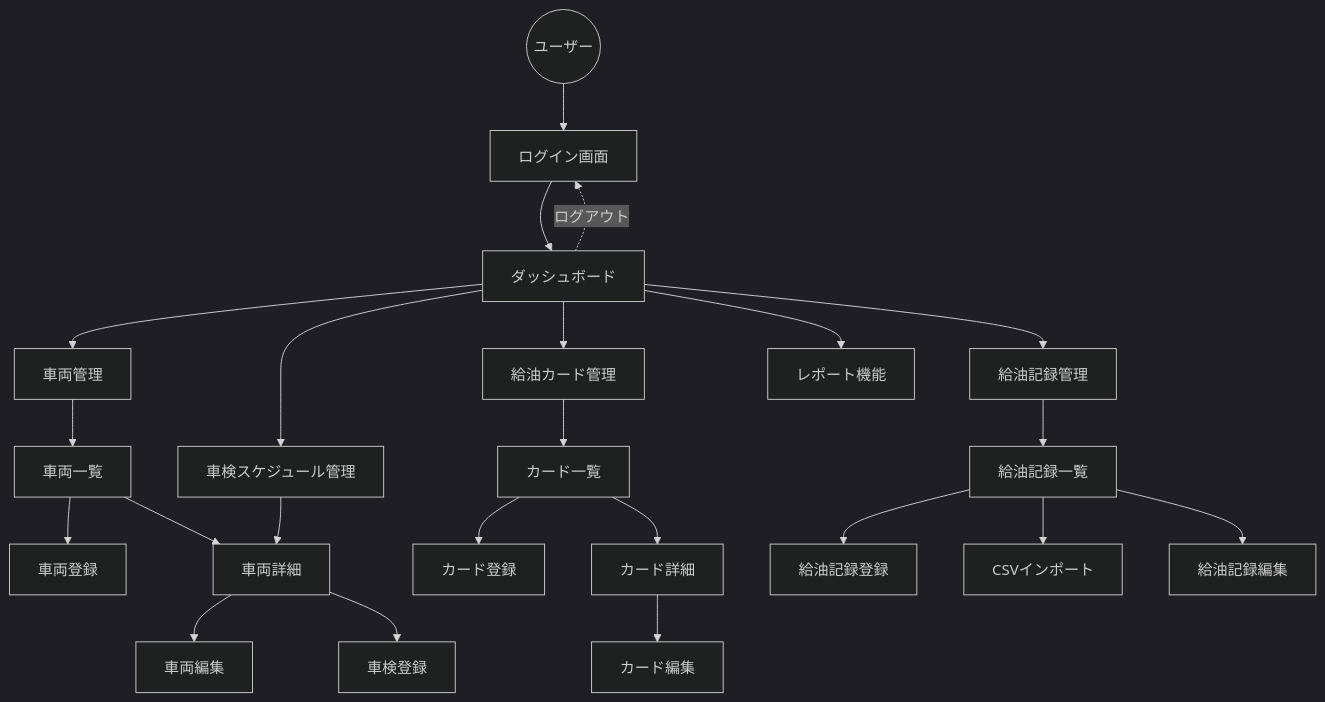
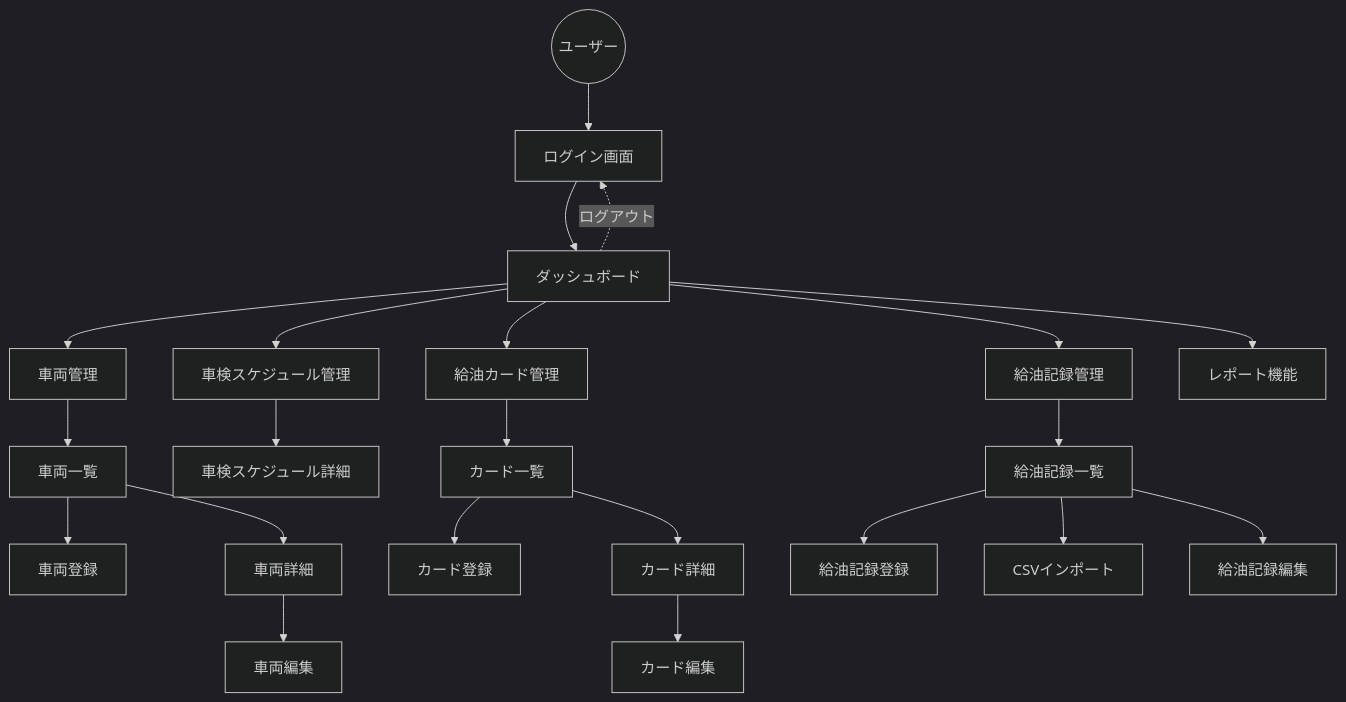
One commit to mao0000/asset_binder changed the second of 2 diagrams in README.md. Above: the diagram before and after it, drawn with Mermaid (dark theme). The commit also changed other lines of this file, not shown here.

````diff
--- a/README.md
+++ b/README.md
@@ -100,30 +122,29 @@
 ```mermaid
 graph TD
     User((ユーザー)) --> Login[ログイン画面]
     Login --> Dashboard[ダッシュボード]
     Dashboard -.-> |ログアウト| Login
 
     Dashboard --> Vehicles[車両管理]
     Dashboard --> Inspections[車検スケジュール管理]
     Dashboard --> Cards[給油カード管理]
     Dashboard --> Fuels[給油記録管理]
     Dashboard --> Report[レポート機能]
 
     Vehicles --> VehicleList[車両一覧]
     VehicleList --> VehicleNew[車両登録]
     VehicleList --> VehicleShow[車両詳細]
     VehicleShow --> VehicleEdit[車両編集]
-    VehicleShow --> InspectionNew[車検登録]
 
-    Inspections --> VehicleShow
+    Inspections --> InspectionShow[車検スケジュール詳細]
 
     Cards --> CardList[カード一覧]
     CardList --> CardNew[カード登録]
     CardList --> CardShow[カード詳細]
     CardShow --> CardEdit[カード編集]
 
     Fuels --> FuelList[給油記録一覧]
     FuelList --> FuelNew[給油記録登録]
     FuelList --> FuelImport[CSVインポート]
     FuelList --> FuelEdit[給油記録編集]
 ```
````
